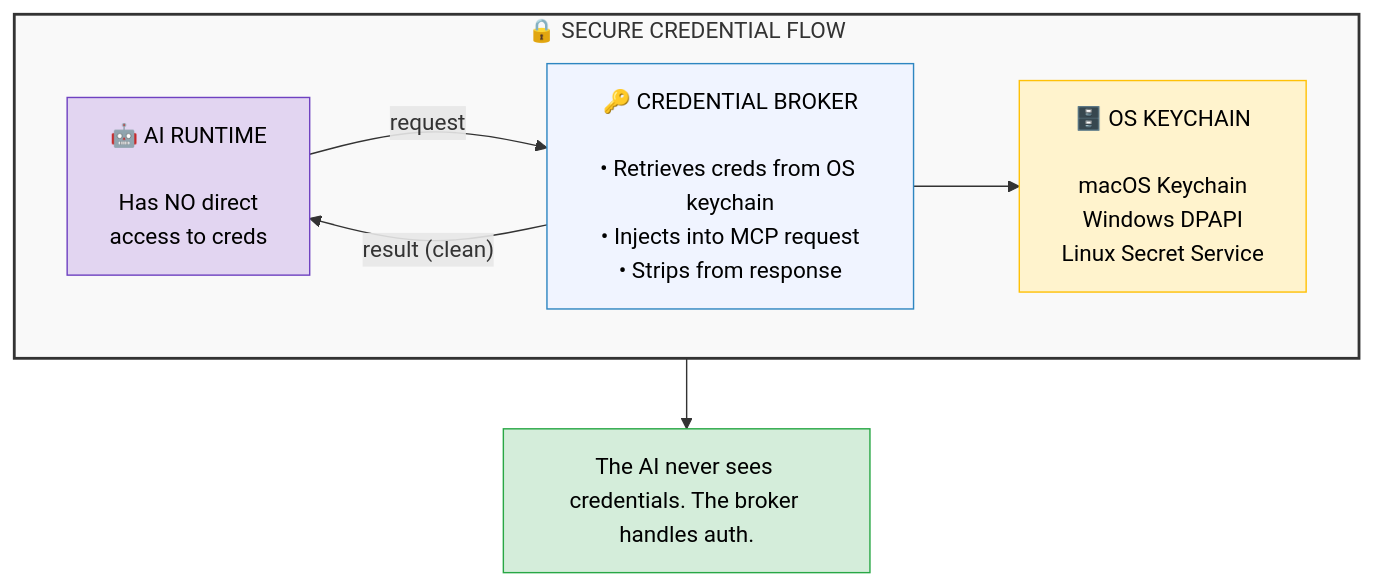
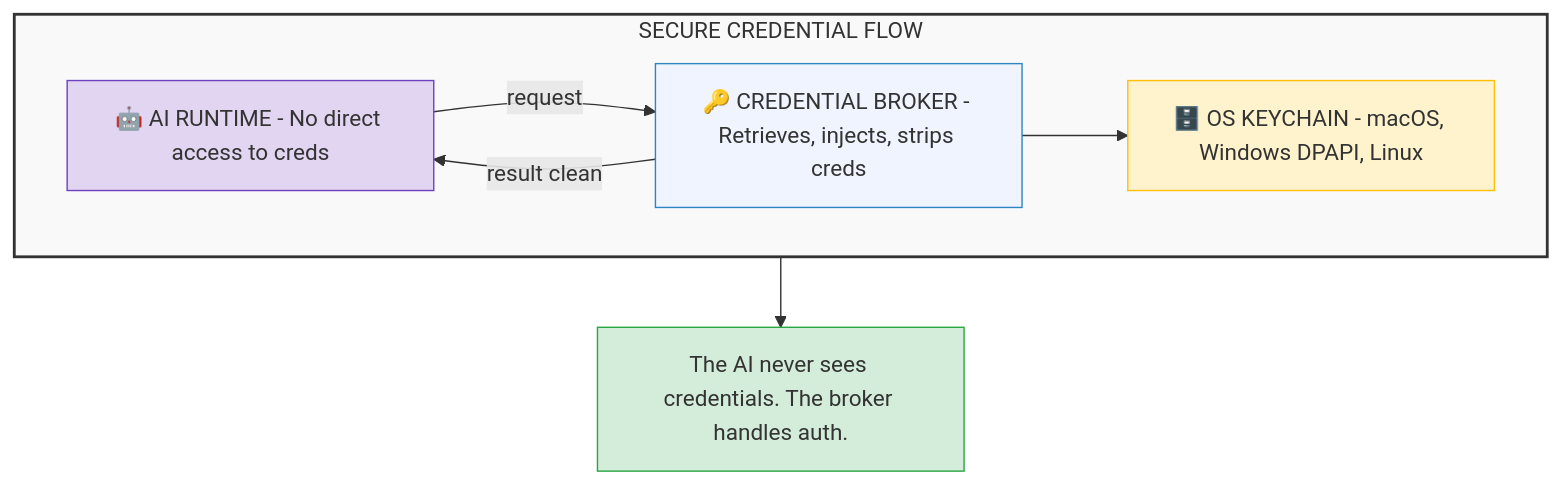
Before and after one commit to ithinktavo/GenAI-Engineering-Handbook: the third of 5 diagrams in docs/11-mcp-security.md, drawn with Mermaid. The commit also changed other lines of this file and 9 other files, not shown here.

First line of the commit message:
Fix Mermaid rendering: remove emoji from subgraph titles and unsupported syntax

````diff
--- a/docs/11-mcp-security.md
+++ b/docs/11-mcp-security.md
@@ -112,21 +112,21 @@
 ```mermaid
 graph TD
-    subgraph cred_flow["🔒 SECURE CREDENTIAL FLOW"]
-        AI["🤖 AI RUNTIME\n\nHas NO direct\naccess to creds"]
-        BROKER["🔑 CREDENTIAL BROKER\n\n• Retrieves creds from OS keychain\n• Injects into MCP request\n• Strips from response"]
-        KEYCHAIN["🗄️ OS KEYCHAIN\n\nmacOS Keychain\nWindows DPAPI\nLinux Secret Service"]
+    subgraph cred_flow["SECURE CREDENTIAL FLOW"]
+        AI["🤖 AI RUNTIME - No direct access to creds"]
+        BROKER["🔑 CREDENTIAL BROKER - Retrieves, injects, strips creds"]
+        KEYCHAIN["🗄️ OS KEYCHAIN - macOS, Windows DPAPI, Linux"]
 
         AI -- "request" --> BROKER
-        BROKER -- "result (clean)" --> AI
+        BROKER -- "result clean" --> AI
         BROKER --> KEYCHAIN
     end
 
     NOTE["The AI never sees credentials. The broker handles auth."]
     cred_flow --> NOTE
 
-    style AI fill:#e2d5f1,stroke:#6f42c1,color:#000
-    style BROKER fill:#f0f4ff,stroke:#2E86C1,color:#000
-    style KEYCHAIN fill:#fff3cd,stroke:#ffc107,color:#000
+    style AI fill:#e2d5f1,stroke:#6f42c1
+    style BROKER fill:#f0f4ff,stroke:#2E86C1
+    style KEYCHAIN fill:#fff3cd,stroke:#ffc107
     style cred_flow fill:#f9f9f9,stroke:#333,stroke-width:2px
-    style NOTE fill:#d4edda,stroke:#28a745,color:#000
+    style NOTE fill:#d4edda,stroke:#28a745
 ```
````
